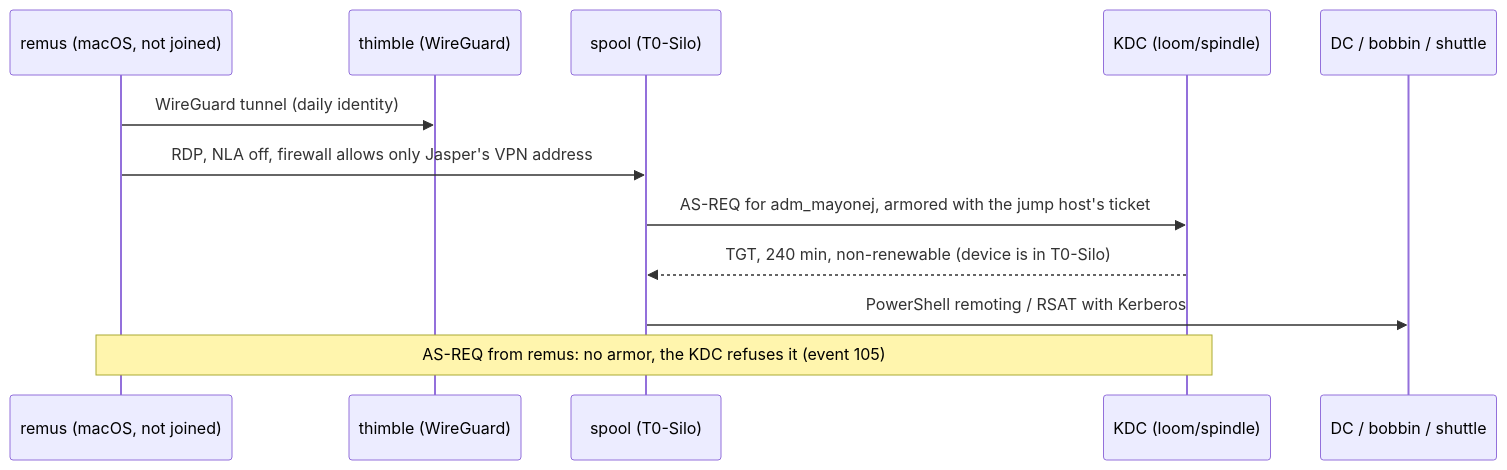
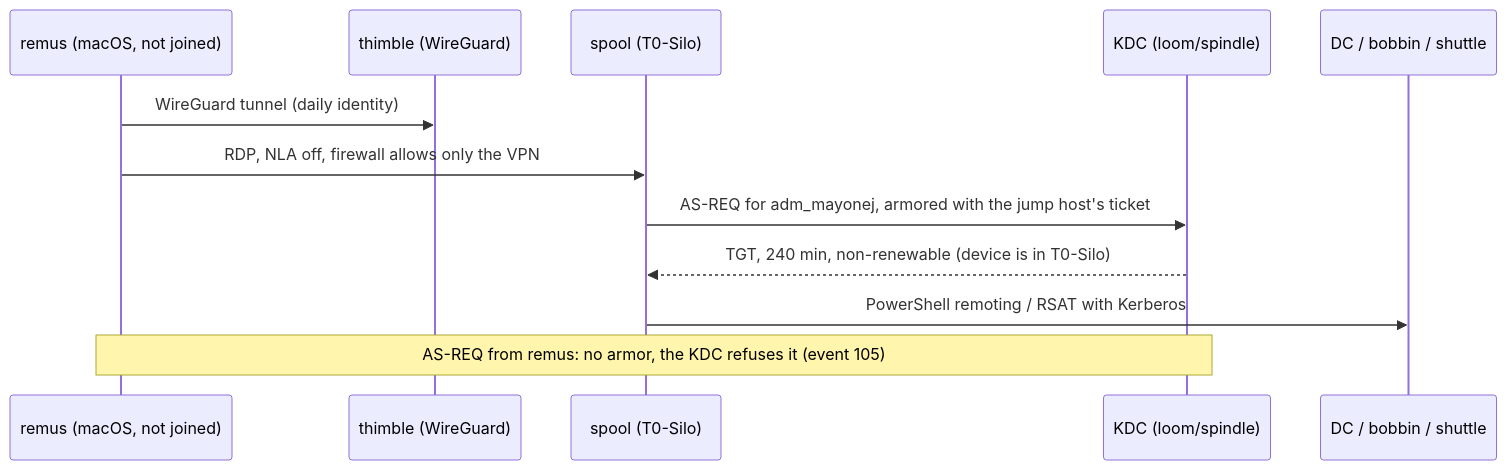
The second of 4 diagrams in ad/TIERING.md (patchworklabsorg/infra), drawn with Mermaid before and after one commit. The commit also changed other lines of this file and 5 other files, not shown here.

````diff
--- a/ad/TIERING.md
+++ b/ad/TIERING.md
@@ -226,14 +226,14 @@
 ```mermaid
 sequenceDiagram
   participant R as remus (macOS, not joined)
   participant T as thimble (WireGuard)
   participant J as spool (T0-Silo)
   participant K as KDC (loom/spindle)
   participant S as DC / bobbin / shuttle
   R->>T: WireGuard tunnel (daily identity)
-  R->>J: RDP, NLA off, firewall allows only Jasper's VPN address
+  R->>J: RDP, NLA off, firewall allows only the VPN
   J->>K: AS-REQ for adm_mayonej, armored with the jump host's ticket
   K-->>J: TGT, 240 min, non-renewable (device is in T0-Silo)
   J->>S: PowerShell remoting / RSAT with Kerberos
   Note over R,K: AS-REQ from remus: no armor, the KDC refuses it (event 105)
 ```
````
